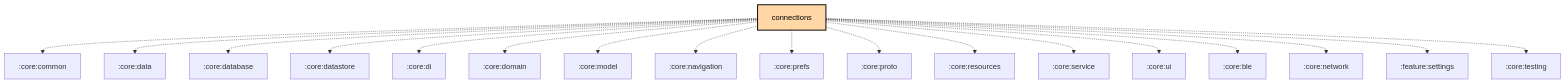
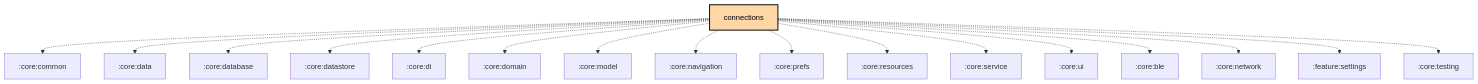
Before and after one commit to meshtastic/Meshtastic-Android: the diagram in feature/connections/README.md, drawn with Mermaid. The commit also changed 17 other files, not shown here.

First line of the commit message:
chore: Scheduled updates (Firmware, Hardware, Translations, Graphs)

````diff
--- a/feature/connections/README.md
+++ b/feature/connections/README.md
@@ -129,35 +129,34 @@
 ```mermaid
 graph TB
   :feature:connections[connections]:::kmp-feature
   :feature:connections -.-> :core:common
   :feature:connections -.-> :core:data
   :feature:connections -.-> :core:database
   :feature:connections -.-> :core:datastore
   :feature:connections -.-> :core:di
   :feature:connections -.-> :core:domain
   :feature:connections -.-> :core:model
   :feature:connections -.-> :core:navigation
   :feature:connections -.-> :core:prefs
-  :feature:connections -.-> :core:proto
   :feature:connections -.-> :core:resources
   :feature:connections -.-> :core:service
   :feature:connections -.-> :core:ui
   :feature:connections -.-> :core:ble
   :feature:connections -.-> :core:network
   :feature:connections -.-> :feature:settings
   :feature:connections -.-> :core:testing
 
 classDef android-application fill:#CAFFBF,stroke:#000,stroke-width:2px,color:#000;
 classDef android-application-compose fill:#CAFFBF,stroke:#000,stroke-width:2px,color:#000;
 classDef compose-desktop-application fill:#CAFFBF,stroke:#000,stroke-width:2px,color:#000;
 classDef android-feature fill:#FFD6A5,stroke:#000,stroke-width:2px,color:#000;
 classDef android-library fill:#9BF6FF,stroke:#000,stroke-width:2px,color:#000;
 classDef android-library-compose fill:#9BF6FF,stroke:#000,stroke-width:2px,color:#000;
 classDef android-test fill:#A0C4FF,stroke:#000,stroke-width:2px,color:#000;
 classDef jvm-library fill:#BDB2FF,stroke:#000,stroke-width:2px,color:#000;
 classDef kmp-feature fill:#FFD6A5,stroke:#000,stroke-width:2px,color:#000;
 classDef kmp-library-compose fill:#FFC1CC,stroke:#000,stroke-width:2px,color:#000;
 classDef kmp-library fill:#FFC1CC,stroke:#000,stroke-width:2px,color:#000;
 classDef unknown fill:#FFADAD,stroke:#000,stroke-width:2px,color:#000;
 
 ```
````
